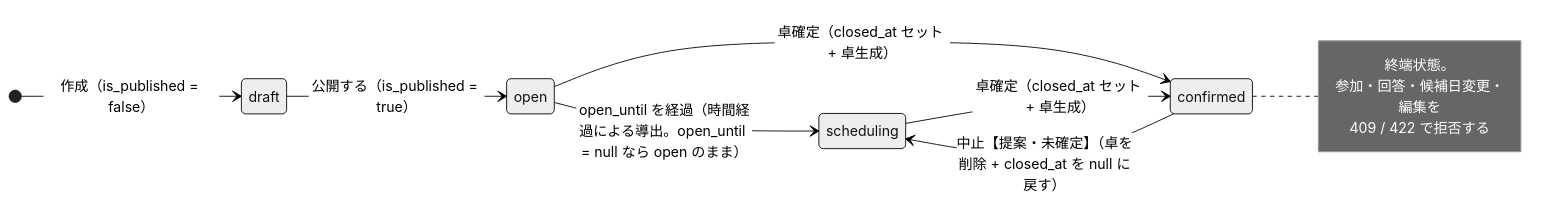
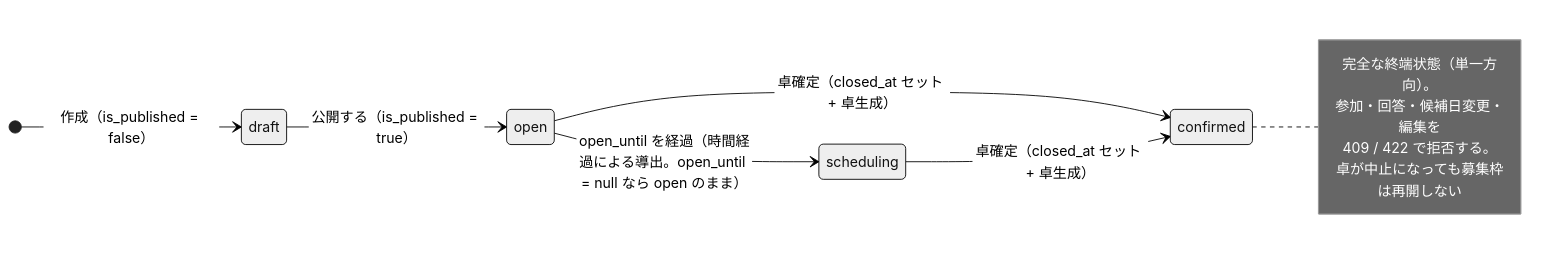
Before and after one commit to dot-ma801/taku-biyori: the first of 2 diagrams in docs/design-v1.1.md, drawn with Mermaid (neutral theme). The commit also changed other lines of this file and 1 other file, not shown here.

First line of the commit message:
[update] 中止を卓の cancelled ステータスとして確定し、募集枠の再開は Ph1 では提供しない（単一方向）

````diff
--- a/docs/design-v1.1.md
+++ b/docs/design-v1.1.md
@@ -223,15 +224,15 @@
 ```mermaid
 stateDiagram-v2
     direction LR
     [*] --> draft : 作成（is_published = false）
     draft --> open : 公開する（is_published = true）
     open --> scheduling : open_until を経過（時間経過による導出。open_until = null なら open のまま）
     open --> confirmed : 卓確定（closed_at セット + 卓生成）
     scheduling --> confirmed : 卓確定（closed_at セット + 卓生成）
-    confirmed --> scheduling : 中止【提案・未確定】（卓を削除 + closed_at を null に戻す）
     note right of confirmed
-        終端状態。
+        完全な終端状態（単一方向）。
         参加・回答・候補日変更・編集を
-        409 / 422 で拒否する
+        409 / 422 で拒否する。
+        卓が中止になっても募集枠は再開しない
     end note
 ```
````
